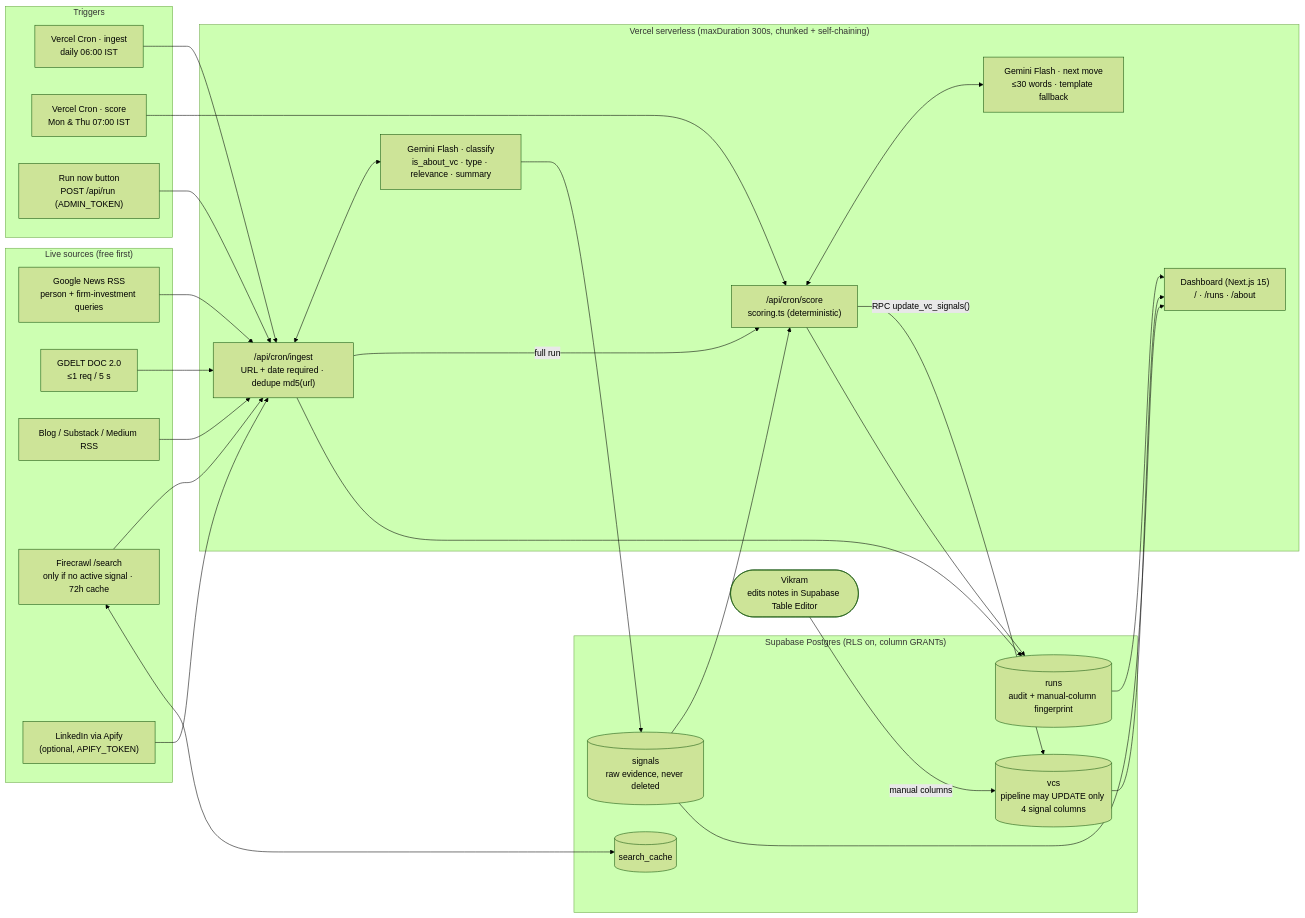
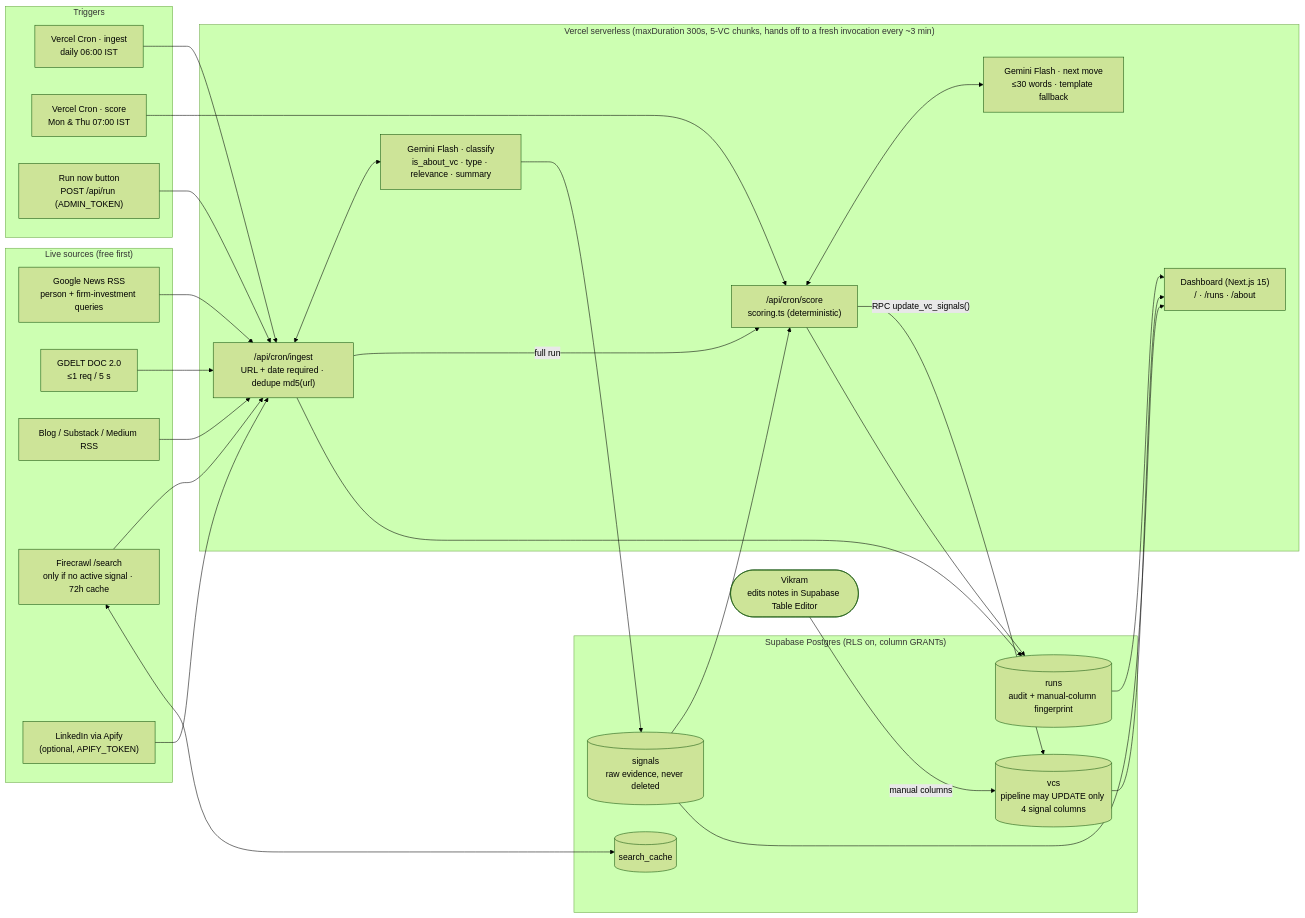
The diagram in docs/components-map.md (Cruel-creator/Vikram_B2B-SaaS-Logistics), drawn with Mermaid (forest theme) before and after one commit. The commit also changed 13 other files, not shown here.

````diff
--- a/docs/components-map.md
+++ b/docs/components-map.md
@@ -7,48 +7,48 @@
 ```mermaid
 flowchart LR
   subgraph Triggers
     C1["Vercel Cron · ingest<br/>daily 06:00 IST"]
     C2["Vercel Cron · score<br/>Mon & Thu 07:00 IST"]
     RN["Run now button<br/>POST /api/run (ADMIN_TOKEN)"]
   end
 
   subgraph Sources["Live sources (free first)"]
     GN["Google News RSS<br/>person + firm-investment queries"]
     GD["GDELT DOC 2.0<br/>≤1 req / 5 s"]
     RS["Blog / Substack / Medium RSS"]
     FC["Firecrawl /search<br/>only if no active signal · 72h cache"]
     LI["LinkedIn via Apify<br/>(optional, APIFY_TOKEN)"]
   end
 
-  subgraph Vercel["Vercel serverless (maxDuration 300s, chunked + self-chaining)"]
+  subgraph Vercel["Vercel serverless (maxDuration 300s, 5-VC chunks, hands off to a fresh invocation every ~3 min)"]
     IN["/api/cron/ingest<br/>URL + date required · dedupe md5(url)"]
     G1["Gemini Flash · classify<br/>is_about_vc · type · relevance · summary"]
     SC["/api/cron/score<br/>scoring.ts (deterministic)"]
     G2["Gemini Flash · next move<br/>≤30 words · template fallback"]
     UI["Dashboard (Next.js 15)<br/>/ · /runs · /about"]
   end
 
   subgraph Supabase["Supabase Postgres (RLS on, column GRANTs)"]
     SIG[("signals<br/>raw evidence, never deleted")]
     CACHE[("search_cache")]
     RUNS[("runs<br/>audit + manual-column fingerprint")]
     VCS[("vcs<br/>pipeline may UPDATE only 4 signal columns")]
   end
 
   V(["Vikram<br/>edits notes in Supabase Table Editor"])
 
   C1 --> IN
   C2 --> SC
   RN --> IN
   GN & GD & RS & FC & LI --> IN
   IN <--> G1
   G1 --> SIG
   FC <--> CACHE
   IN -- "full run" --> SC
   SIG --> SC
   SC <--> G2
   SC -- "RPC update_vc_signals()" --> VCS
   IN & SC --> RUNS
   VCS & SIG & RUNS --> UI
   V -- "manual columns" --> VCS
 ```
````
